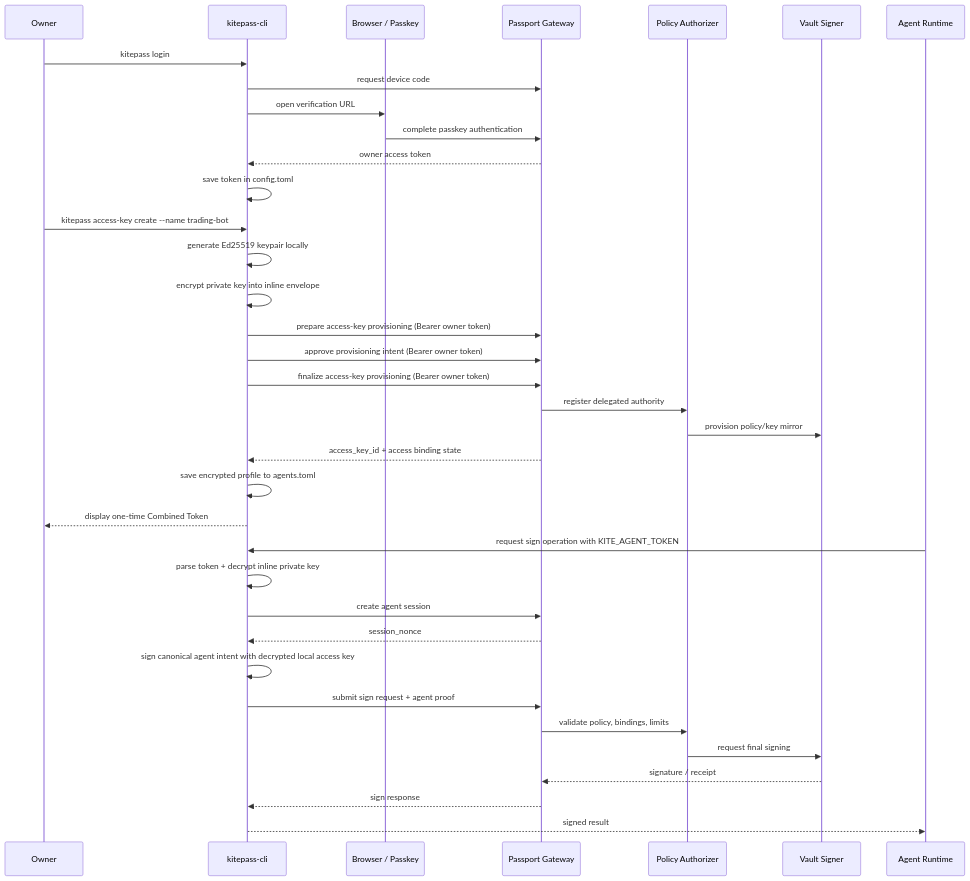
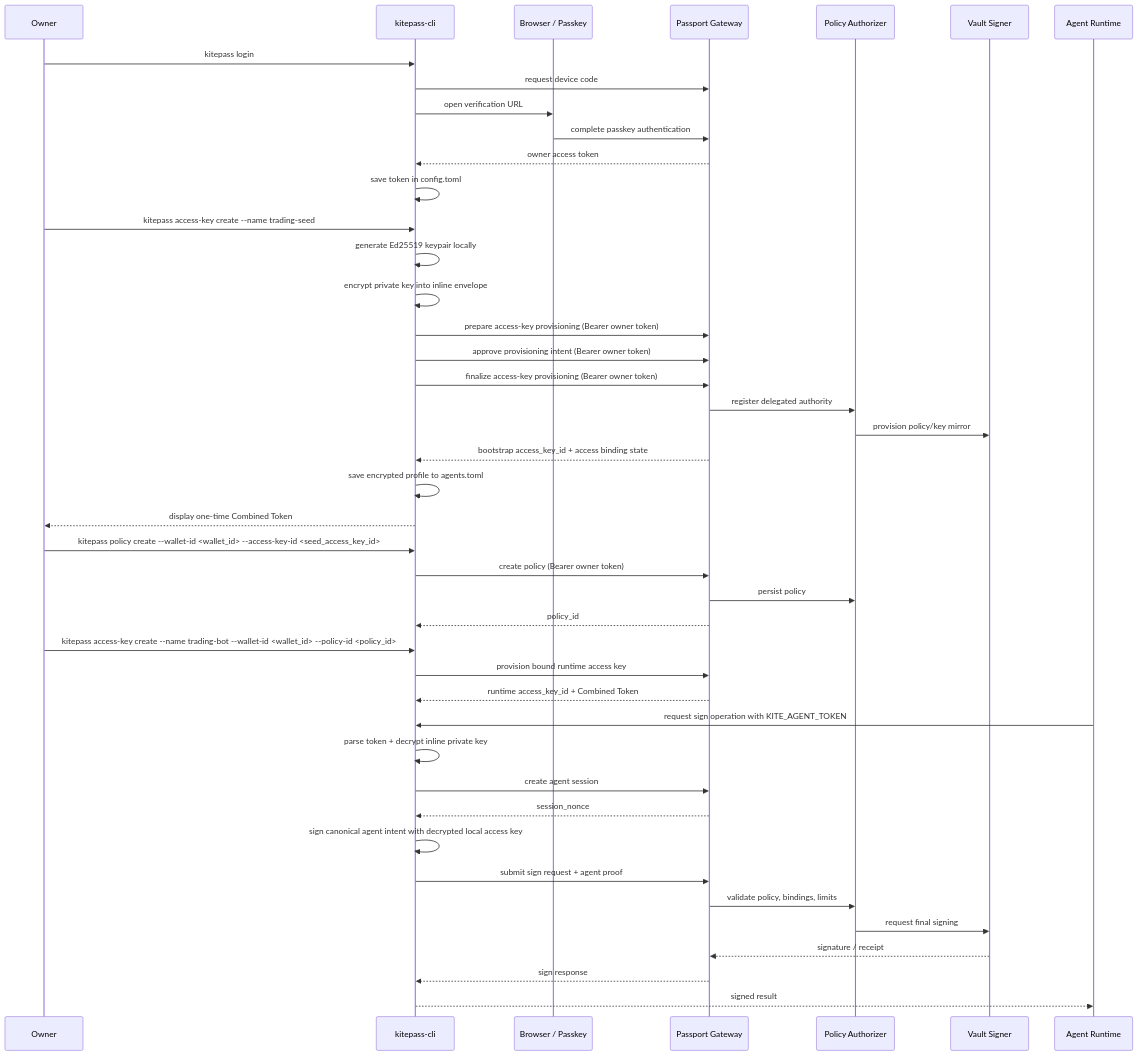
The diagram in docs/owner-token-and-agent-access-key-flow.md (zfdang/agent-passport-cli), drawn with Mermaid before and after one commit. The commit also changed other lines of this file and 7 other files, not shown here.

````diff
--- a/docs/owner-token-and-agent-access-key-flow.md
+++ b/docs/owner-token-and-agent-access-key-flow.md
@@ -14,41 +14,50 @@
 ```mermaid
 sequenceDiagram
     participant Owner as Owner
     participant CLI as kitepass-cli
     participant Browser as Browser / Passkey
     participant Gateway as Passport Gateway
     participant Authz as Policy Authorizer
     participant Vault as Vault Signer
     participant Agent as Agent Runtime
 
     Owner->>CLI: kitepass login
     CLI->>Gateway: request device code
     CLI->>Browser: open verification URL
     Browser->>Gateway: complete passkey authentication
     Gateway-->>CLI: owner access token
     CLI->>CLI: save token in config.toml
 
-    Owner->>CLI: kitepass access-key create --name trading-bot
+    Owner->>CLI: kitepass access-key create --name trading-seed
     CLI->>CLI: generate Ed25519 keypair locally
     CLI->>CLI: encrypt private key into inline envelope
     CLI->>Gateway: prepare access-key provisioning (Bearer owner token)
     CLI->>Gateway: approve provisioning intent (Bearer owner token)
     CLI->>Gateway: finalize access-key provisioning (Bearer owner token)
     Gateway->>Authz: register delegated authority
     Authz->>Vault: provision policy/key mirror
-    Gateway-->>CLI: access_key_id + access binding state
+    Gateway-->>CLI: bootstrap access_key_id + access binding state
     CLI->>CLI: save encrypted profile to agents.toml
     CLI-->>Owner: display one-time Combined Token
+
+    Owner->>CLI: kitepass policy create --wallet-id <wallet_id> --access-key-id <seed_access_key_id>
+    CLI->>Gateway: create policy (Bearer owner token)
+    Gateway->>Authz: persist policy
+    Gateway-->>CLI: policy_id
+
+    Owner->>CLI: kitepass access-key create --name trading-bot --wallet-id <wallet_id> --policy-id <policy_id>
+    CLI->>Gateway: provision bound runtime access key
+    Gateway-->>CLI: runtime access_key_id + Combined Token
 
     Agent->>CLI: request sign operation with KITE_AGENT_TOKEN
     CLI->>CLI: parse token + decrypt inline private key
     CLI->>Gateway: create agent session
     Gateway-->>CLI: session_nonce
     CLI->>CLI: sign canonical agent intent with decrypted local access key
     CLI->>Gateway: submit sign request + agent proof
     Gateway->>Authz: validate policy, bindings, limits
     Authz->>Vault: request final signing
     Vault-->>Gateway: signature / receipt
     Gateway-->>CLI: sign response
     CLI-->>Agent: signed result
 ```
````
